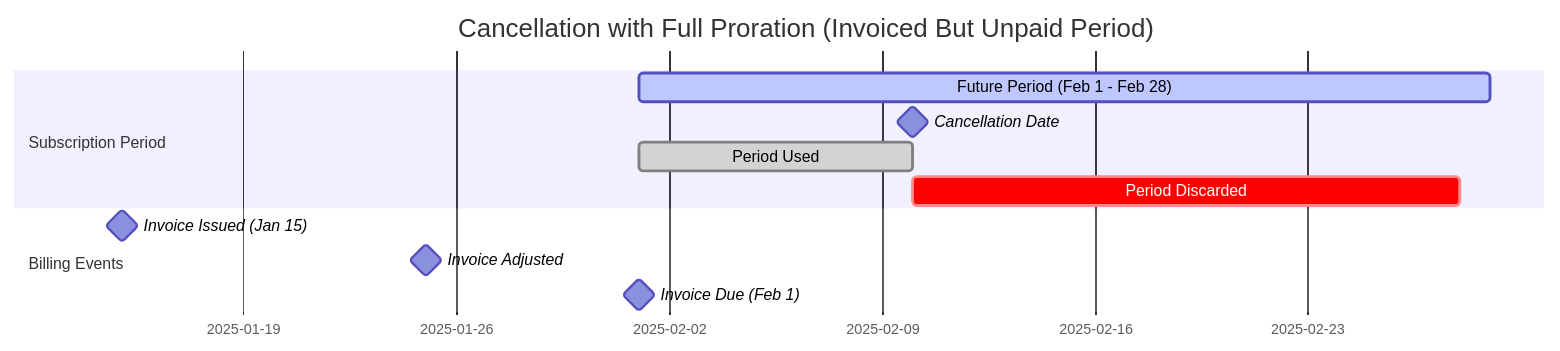
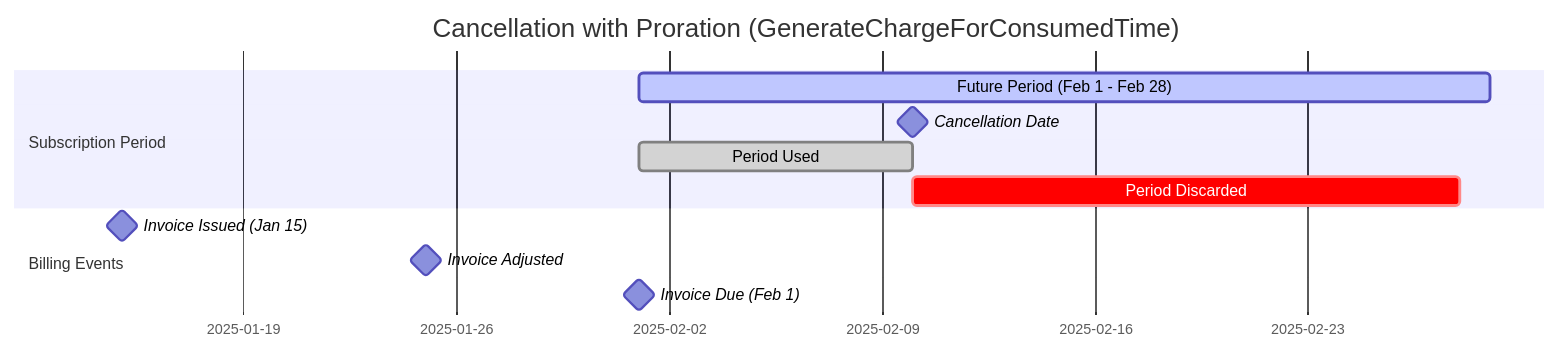
Before and after one commit to infosoftas/info-subscription-doc: the third of 4 diagrams in source/billing/proration-policies.rst, drawn with Mermaid. The commit also changed other lines of this file, not shown here.

Commit message:
Replace "Full Proration" terminology with actual API names

```diff
--- a/source/billing/proration-policies.rst
+++ b/source/billing/proration-policies.rst
@@ -156,14 +161,14 @@
 .. mermaid::
 
     gantt
-        title Cancellation with Full Proration (Invoiced But Unpaid Period)
+        title Cancellation with Proration (GenerateChargeForConsumedTime)
         dateFormat  YYYY-MM-DD
         section Subscription Period
             Future Period (Feb 1 - Feb 28)   :active, period, 2025-02-01, 28d
             Cancellation Date   :milestone, cancel, 2025-02-10, 0d
             Period Used   :done, used, 2025-02-01, 9d
             Period Discarded   :crit, discarded, 2025-02-10, 18d
         section Billing Events
             Invoice Issued (Jan 15)   :milestone, issued, 2025-01-15, 0d
             Invoice Adjusted   :milestone, adjusted, 2025-01-25, 0d
             Invoice Due (Feb 1)   :milestone, due, 2025-02-01, 0d
```
